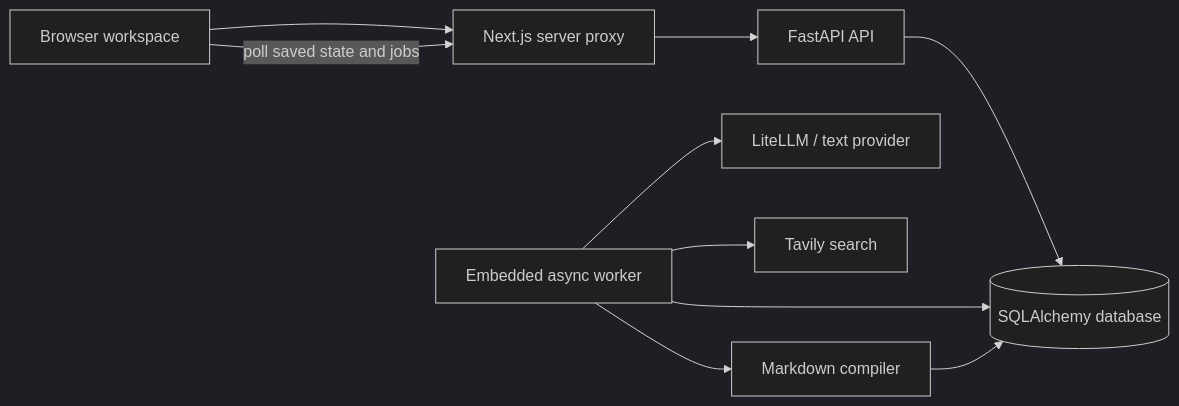
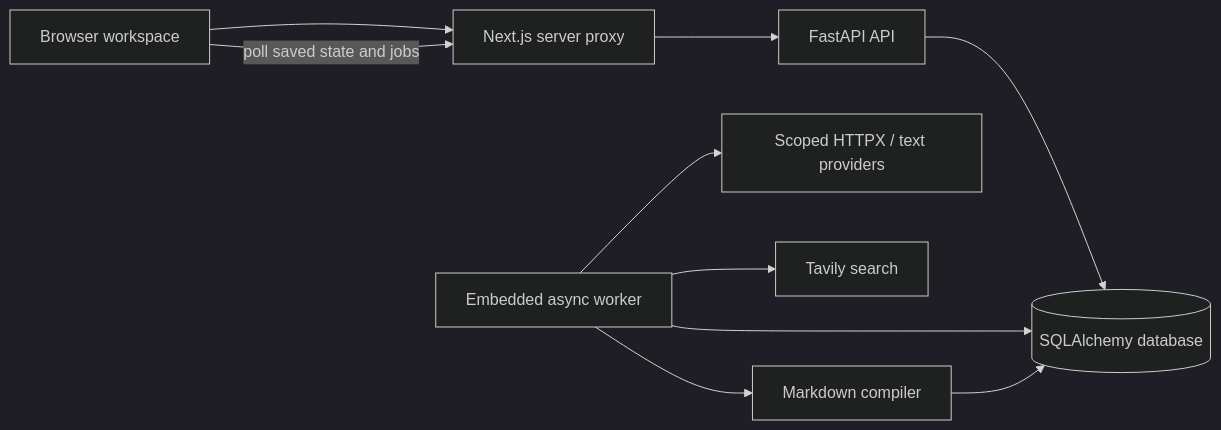
The first of 2 diagrams in docs/ARCHITECTURE.md (Muneer320/exHacker), drawn with Mermaid (dark theme) before and after one commit. The commit also changed other lines of this file and 9 other files, not shown here.

````diff
--- a/docs/ARCHITECTURE.md
+++ b/docs/ARCHITECTURE.md
@@ -7,12 +7,12 @@
 ```mermaid
 flowchart LR
     Browser[Browser workspace] --> Next[Next.js server proxy]
     Next --> API[FastAPI API]
     API --> DB[(SQLAlchemy database)]
     Worker[Embedded async worker] --> DB
-    Worker --> LLM[LiteLLM / text provider]
+    Worker --> LLM[Scoped HTTPX / text providers]
     Worker --> Search[Tavily search]
     Worker --> Compiler[Markdown compiler]
     Compiler --> DB
     Browser -->|poll saved state and jobs| Next
 ```
````
